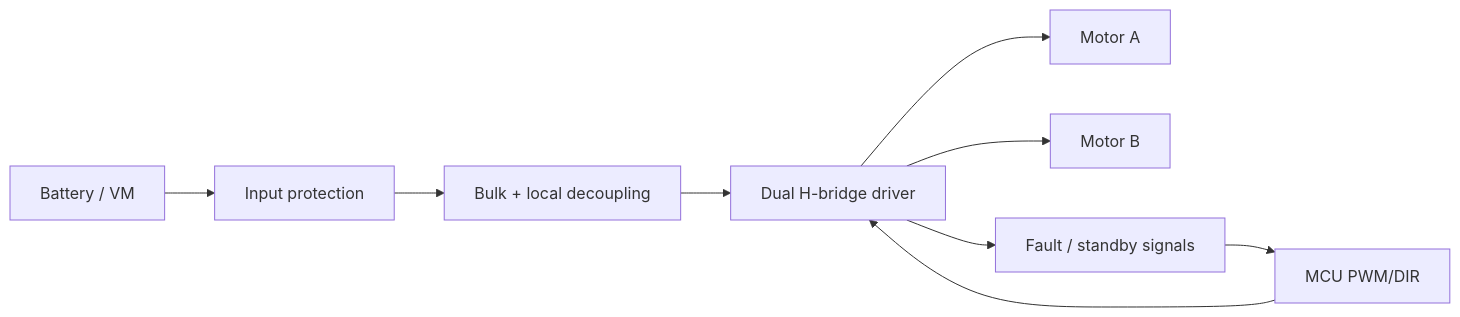
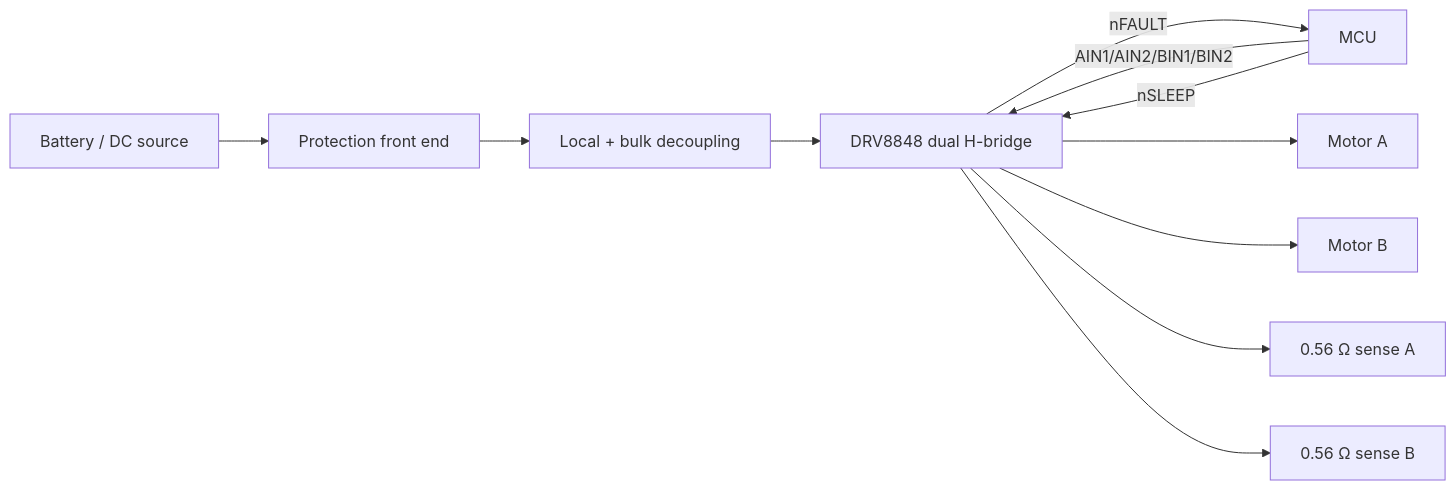
Before and after one commit to vasu4990/custom-pcb-motor-driver: the diagram in README.md, drawn with Mermaid. The commit also changed other lines of this file, not shown here.

````diff
--- a/README.md
+++ b/README.md
@@ -35,11 +49,13 @@
 ```mermaid
 flowchart LR
-    B[Battery / VM] --> P[Input protection]
-    P --> C[Bulk + local decoupling]
-    C --> H[Dual H-bridge driver]
-    MCU[MCU PWM/DIR] --> H
-    H --> M1[Motor A]
-    H --> M2[Motor B]
-    H --> F[Fault / standby signals]
-    F --> MCU
+    SRC[Battery / DC source] --> P[Protection front end]
+    P --> C[Local + bulk decoupling]
+    C --> D[DRV8848 dual H-bridge]
+    MCU[MCU] -->|AIN1/AIN2/BIN1/BIN2| D
+    MCU -->|nSLEEP| D
+    D -->|nFAULT| MCU
+    D --> A[Motor A]
+    D --> B[Motor B]
+    D --> SA[0.56 Ω sense A]
+    D --> SB[0.56 Ω sense B]
 ```
````
